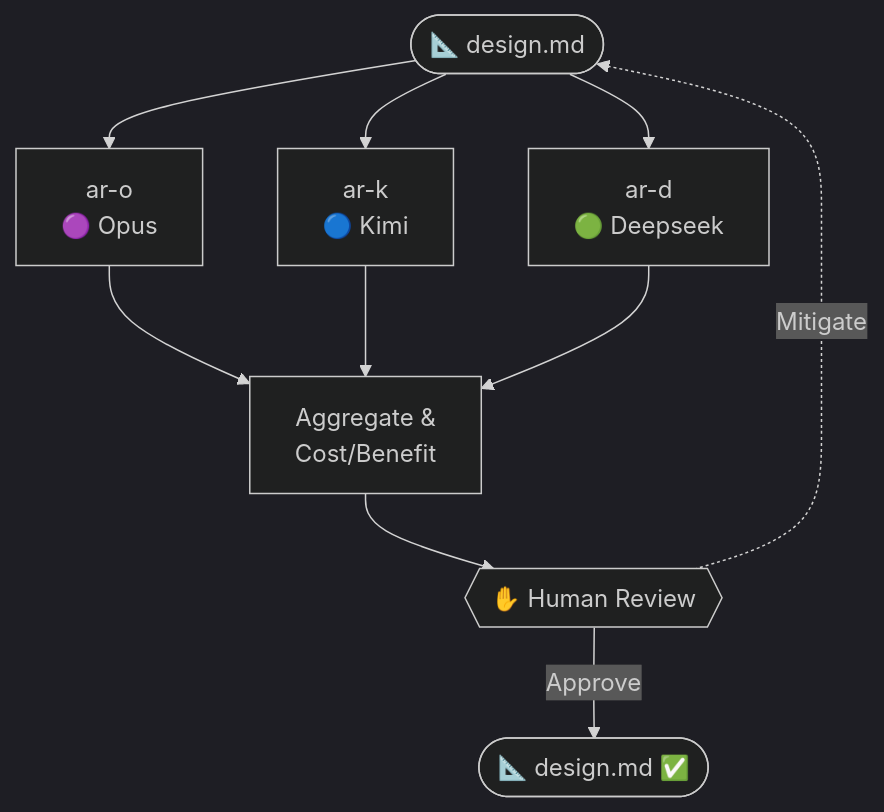
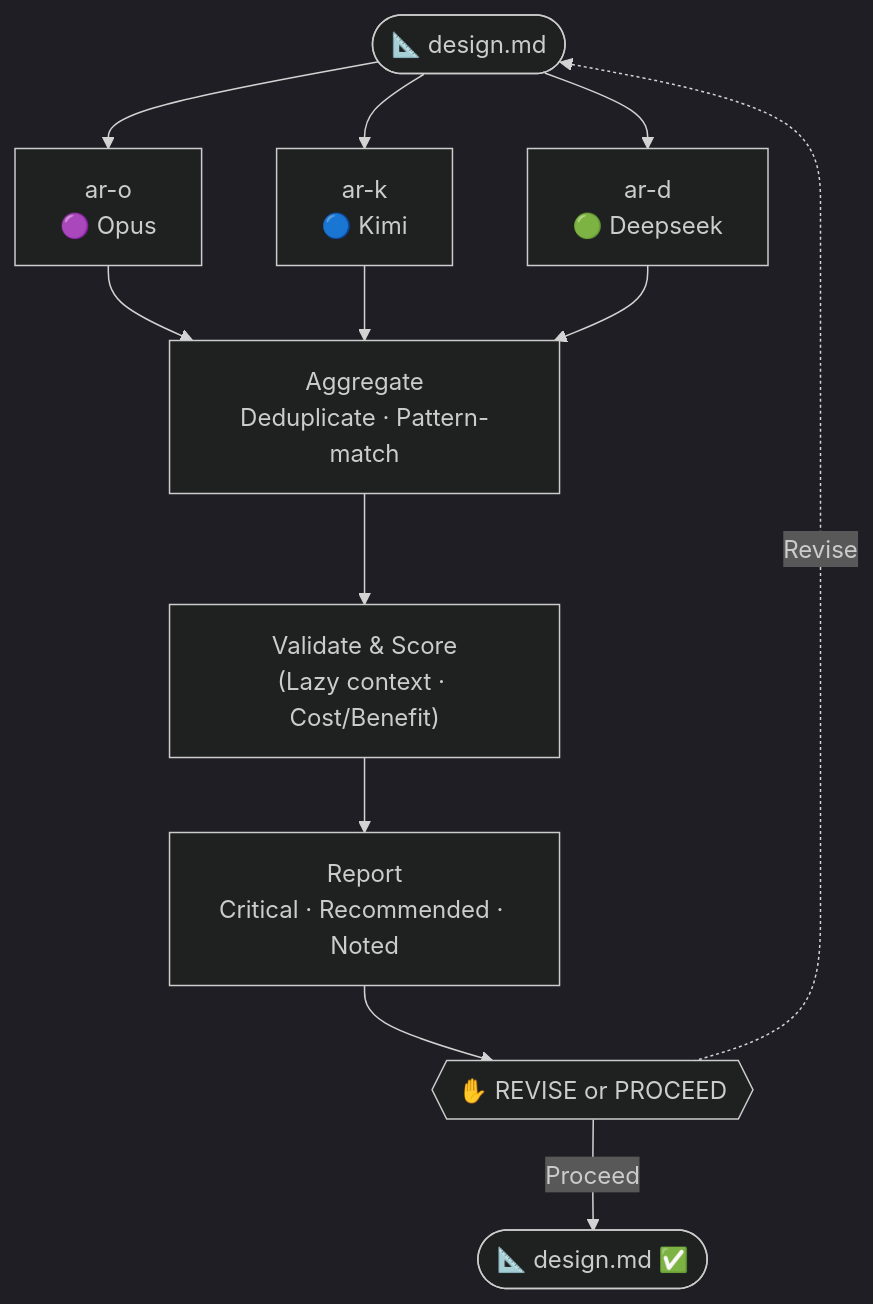
Before and after one commit to skillsets-cc/main: the fourth of 8 diagrams in skillsets/@supercollectible/Valence/content/README.md, drawn with Mermaid. The commit also changed other lines of this file and 1 other file, not shown here.

````diff
--- a/skillsets/@supercollectible/Valence/content/README.md
+++ b/skillsets/@supercollectible/Valence/content/README.md
@@ -136,12 +138,14 @@
 ```mermaid
 %%{init: {'theme': 'dark'}}%%
 flowchart TB
     design(["📐 design.md"])
-    design --> ar_o["ar-o\n🟣 Opus"]
-    design --> ar_k["ar-k\n🔵 Kimi"]
-    design --> ar_d["ar-d\n🟢 Deepseek"]
-    ar_o & ar_k & ar_d --> agg["Aggregate &\nCost/Benefit"]
-    agg --> human{{"✋ Human Review"}}
-    human -->|Approve| out(["📐 design.md ✅"])
-    human -.->|Mitigate| design
+    design --> ar_o["ar-o<br/>🟣 Opus"]
+    design --> ar_k["ar-k<br/>🔵 Kimi"]
+    design --> ar_d["ar-d<br/>🟢 Deepseek"]
+    ar_o & ar_k & ar_d --> agg["Aggregate<br/>Deduplicate · Pattern-match"]
+    agg --> val["Validate & Score<br/>(Lazy context · Cost/Benefit)"]
+    val --> report["Report<br/>Critical · Recommended · Noted"]
+    report --> human{{"✋ REVISE or PROCEED"}}
+    human -->|Proceed| out(["📐 design.md ✅"])
+    human -.->|Revise| design
 ```
````
